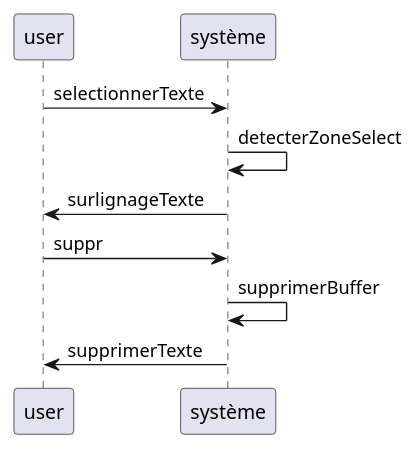
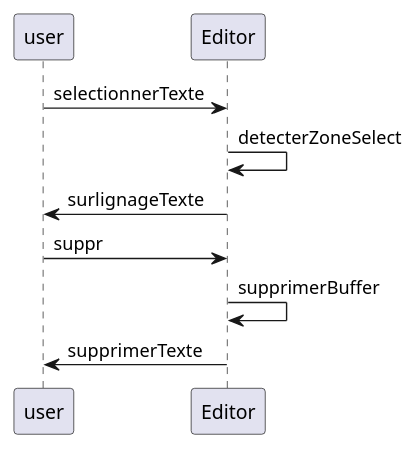
Before and after one commit to kiurow590/ESIR2_OMD_Project_Editor: the diagram in UMLDiag/v1/SequenceEffacer.puml, drawn with PlantUML. The commit also changed 12 other files, not shown here.

```diff
--- a/UMLDiag/v1/SequenceEffacer.puml
+++ b/UMLDiag/v1/SequenceEffacer.puml
@@ -1,10 +1,10 @@
 @startuml
 'https://plantuml.com/sequence-diagram
-user -> système: selectionnerTexte
-système -> système: detecterZoneSelect
-système -> user: surlignageTexte
-user -> système: suppr
-système -> système: supprimerBuffer
-système -> user: supprimerTexte
+user -> Editor: selectionnerTexte
+Editor -> Editor: detecterZoneSelect
+Editor -> user: surlignageTexte
+user -> Editor: suppr
+Editor -> Editor: supprimerBuffer
+Editor -> user: supprimerTexte
 
 @enduml
```
